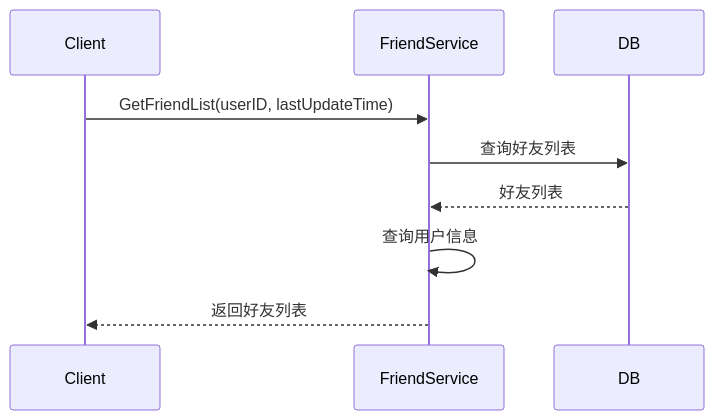
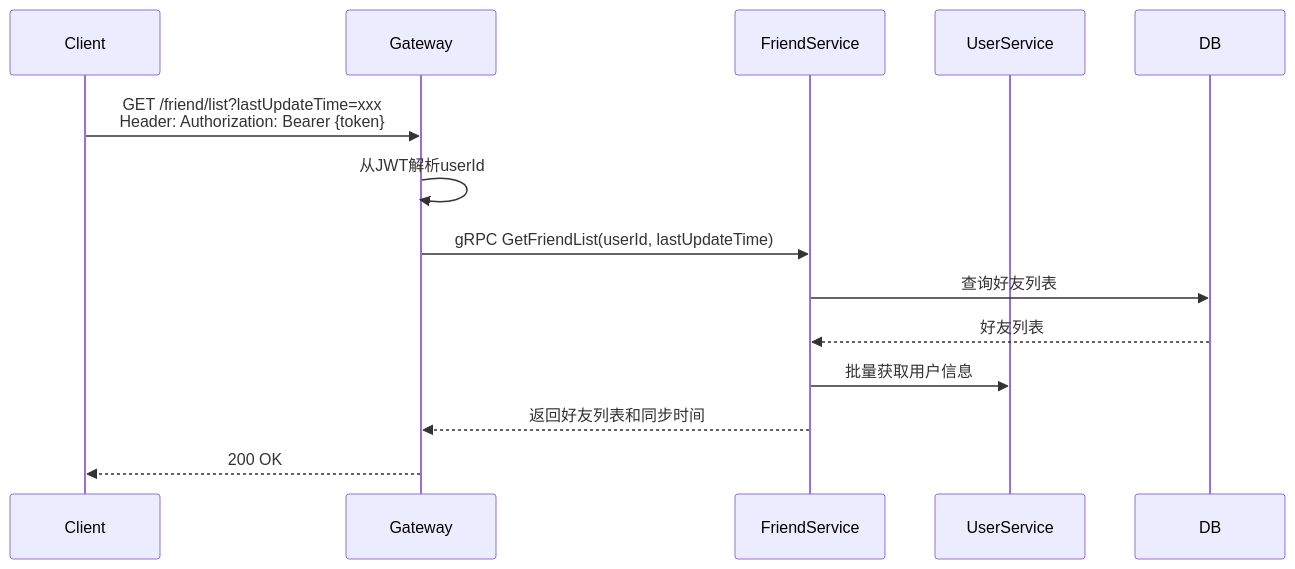
The first of 3 diagrams in docs/design/friend/friendship.md (yzhgit/anychat-server), drawn with Mermaid before and after one commit. The commit also changed other lines of this file and 30 other files, not shown here.

First line of the commit message:
docs: 更新设计文档时序图，添加Gateway和NATS参与者

````diff
--- a/docs/design/friend/friendship.md
+++ b/docs/design/friend/friendship.md
@@ -34,12 +34,17 @@
 ```mermaid
 sequenceDiagram
     participant Client
+    participant Gateway
     participant FriendService
+    participant UserService
     participant DB
 
-    Client->>FriendService: GetFriendList(userID, lastUpdateTime)
+    Client->>Gateway: GET /friend/list?lastUpdateTime=xxx<br/>Header: Authorization: Bearer {token}
+    Gateway->>Gateway: 从JWT解析userId
+    Gateway->>FriendService: gRPC GetFriendList(userId, lastUpdateTime)
     FriendService->>DB: 查询好友列表
     DB-->>FriendService: 好友列表
-    FriendService->>FriendService: 查询用户信息
-    FriendService-->>Client: 返回好友列表
+    FriendService->>UserService: 批量获取用户信息
+    FriendService-->>Gateway: 返回好友列表和同步时间
+    Gateway-->>Client: 200 OK
 ```
````
